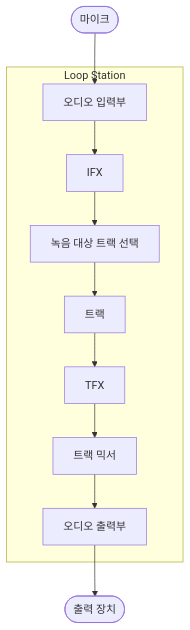
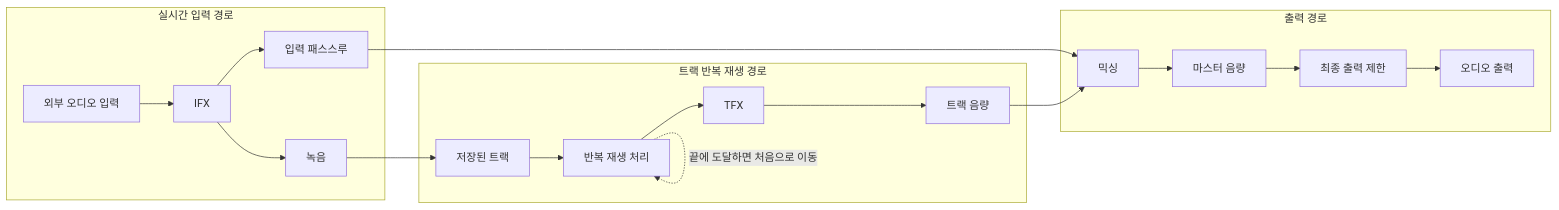
One commit to 10cheon00/rtos-loopstation changed the first of 6 diagrams in docs/architecture/software_architecture.md. Above: the diagram before and after it, drawn with Mermaid. The commit also changed other lines of this file, not shown here.

Commit message:
docs: 전체 파이프라인 설명을 위해 경로별 플로우차트 분리

````diff
--- a/docs/architecture/software_architecture.md
+++ b/docs/architecture/software_architecture.md
@@ -17,25 +21,33 @@
 ```mermaid
-flowchart TB
-    MIC([마이크])
-    SPEAKER([출력 장치])
-
-    subgraph LOOP["Loop Station"]
-        INPUT["오디오 입력부"]
+flowchart LR
+    subgraph INPUT["실시간 입력 경로"]
+        INPUT_AUDIO["외부 오디오 입력"]
         IFX["IFX"]
-        ROUTER["녹음 대상 트랙 선택"]
-        TRACK["트랙"]
-        MIXER["트랙 믹서"]
-        TFX["TFX"]
-        OUTPUT["오디오 출력부"]
-
-        INPUT --> IFX
-        IFX --> ROUTER
-        ROUTER --> TRACK
-        TRACK --> TFX
-        TFX --> MIXER
-        MIXER --> OUTPUT
+        PASSTHROUGH["입력 패스스루"]
+        RECORD["녹음"]
+        INPUT_AUDIO --> IFX
+        IFX --> PASSTHROUGH
+        IFX --> RECORD
     end
 
-    MIC --> INPUT
-    OUTPUT --> SPEAKER
+    subgraph TRACK["트랙 반복 재생 경로"]
+        TRACK_DATA["저장된 트랙"]
+        LOOP["반복 재생 처리"]
+        TFX["TFX"]
+        TGAIN["트랙 음량"]
+        TRACK_DATA --> LOOP --> TFX --> TGAIN
+        LOOP -. "끝에 도달하면 처음으로 이동" .-> LOOP
+    end
+
+    subgraph OUTPUT["출력 경로"]
+        MIXER["믹싱"]
+        MASTER["마스터 음량"]
+        LIMIT["최종 출력 제한"]
+        OUT["오디오 출력"]
+        MIXER --> MASTER --> LIMIT --> OUT
+    end
+
+    PASSTHROUGH --> MIXER
+    TGAIN --> MIXER
+    RECORD --> TRACK_DATA
 ```
````
